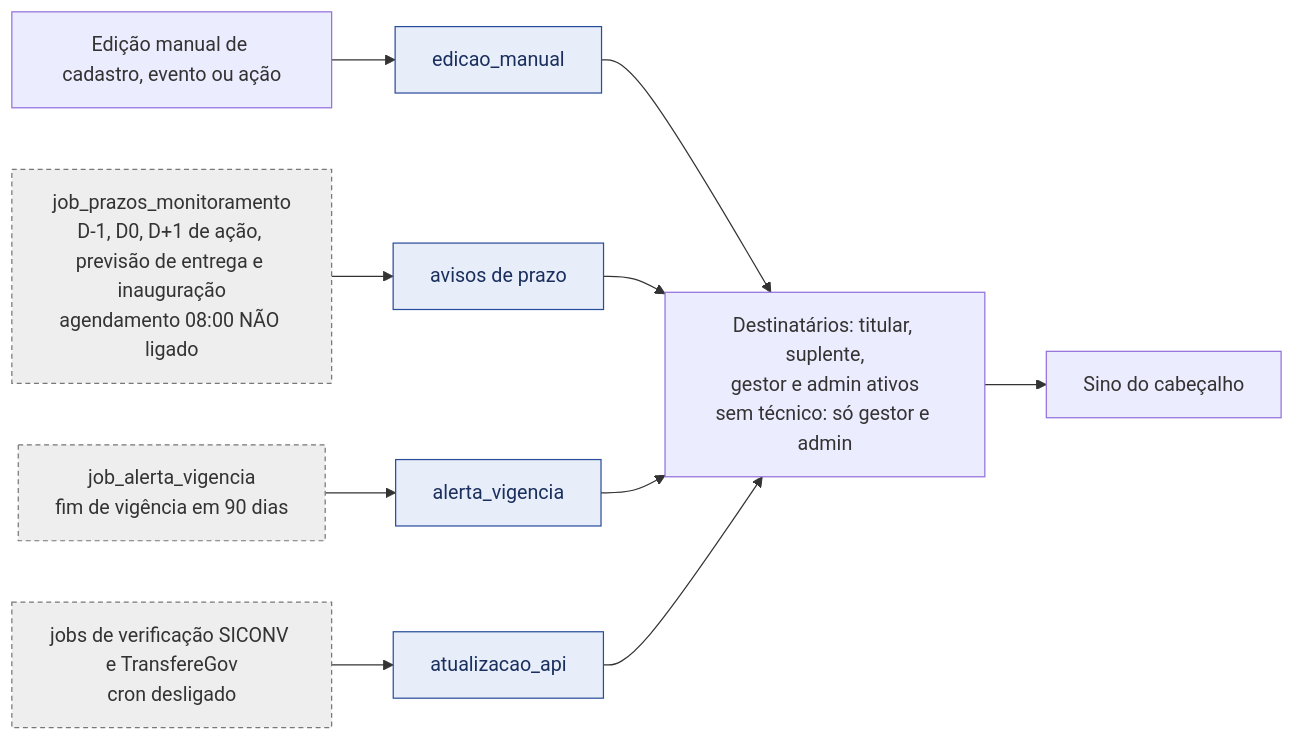
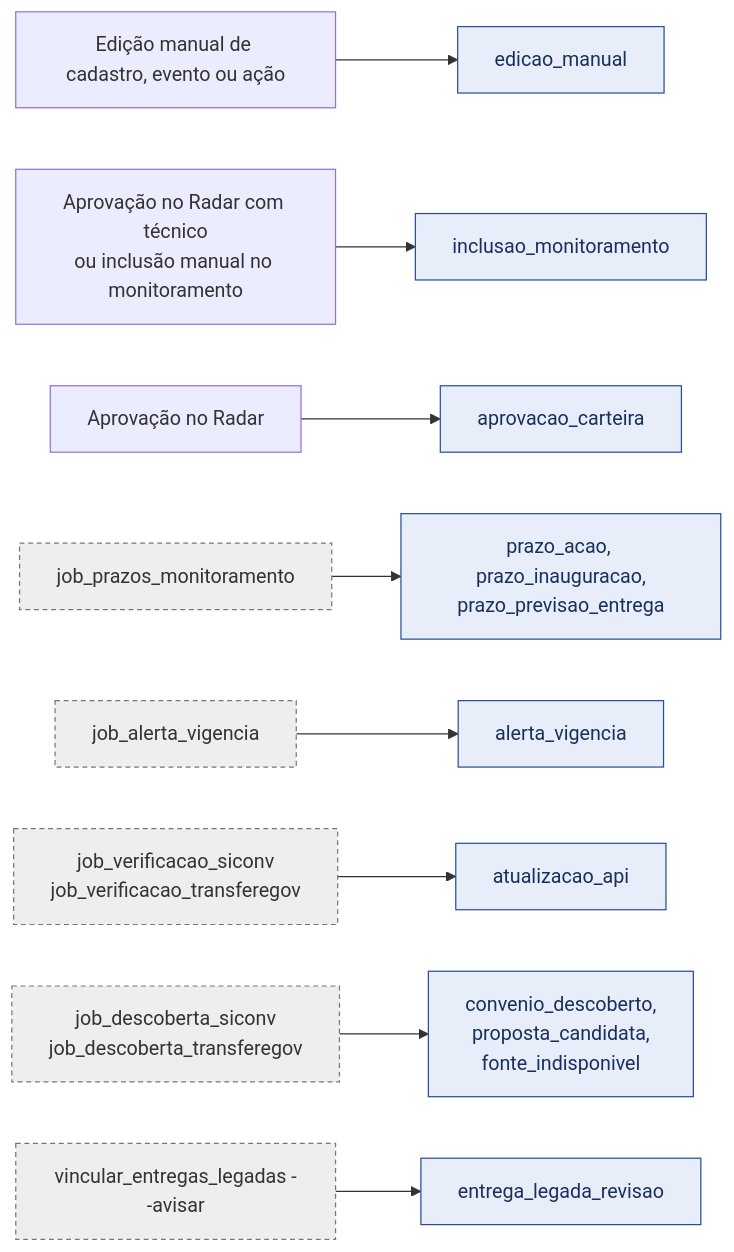
One commit to devs-ministerio/par_equipamentos changed diagram 11 of 11 in docs/arquitetura/mapa-monitoramento-interno-2026-11-19.md. Above: the diagram before and after it, drawn with Mermaid. The commit also changed other lines of this file and 2 other files, not shown here.

Commit message:
docs: mapa do monitoramento (revisão 2) e trava de edição no instrumento concluído

````diff
--- a/docs/arquitetura/mapa-monitoramento-interno-2026-11-19.md
+++ b/docs/arquitetura/mapa-monitoramento-interno-2026-11-19.md
@@ -205,11 +315,13 @@
 ```mermaid
 flowchart LR
     classDef job fill:#EEE,stroke:#777,color:#333,stroke-dasharray:4 3
     classDef aviso fill:#E8EEF9,stroke:#2A4D9B,color:#1a2f5e
     E1["Edição manual de cadastro, evento ou ação"] --> N1["edicao_manual"]:::aviso
-    J1["job_prazos_monitoramento<br/>D-1, D0, D+1 de ação, previsão de entrega e inauguração<br/>agendamento 08:00 NÃO ligado"]:::job --> N2["avisos de prazo"]:::aviso
-    J2["job_alerta_vigencia<br/>fim de vigência em 90 dias"]:::job --> N3["alerta_vigencia"]:::aviso
-    J3["jobs de verificação SICONV e TransfereGov<br/>cron desligado"]:::job --> N4["atualizacao_api"]:::aviso
-    N1 & N2 & N3 & N4 --> D["Destinatários: titular, suplente,<br/>gestor e admin ativos<br/>sem técnico: só gestor e admin"]
-    D --> SINO["Sino do cabeçalho"]
+    E2["Aprovação no Radar com técnico<br/>ou inclusão manual no monitoramento"] --> N5["inclusao_monitoramento"]:::aviso
+    E3["Aprovação no Radar"] --> N6["aprovacao_carteira"]:::aviso
+    J1["job_prazos_monitoramento"]:::job --> N2["prazo_acao, prazo_inauguracao,<br/>prazo_previsao_entrega"]:::aviso
+    J2["job_alerta_vigencia"]:::job --> N3["alerta_vigencia"]:::aviso
+    J3["job_verificacao_siconv<br/>job_verificacao_transferegov"]:::job --> N4["atualizacao_api"]:::aviso
+    J4["job_descoberta_siconv<br/>job_descoberta_transferegov"]:::job --> N7["convenio_descoberto,<br/>proposta_candidata,<br/>fonte_indisponivel"]:::aviso
+    J5["vincular_entregas_legadas --avisar"]:::job --> N8["entrega_legada_revisao"]:::aviso
 ```
````
